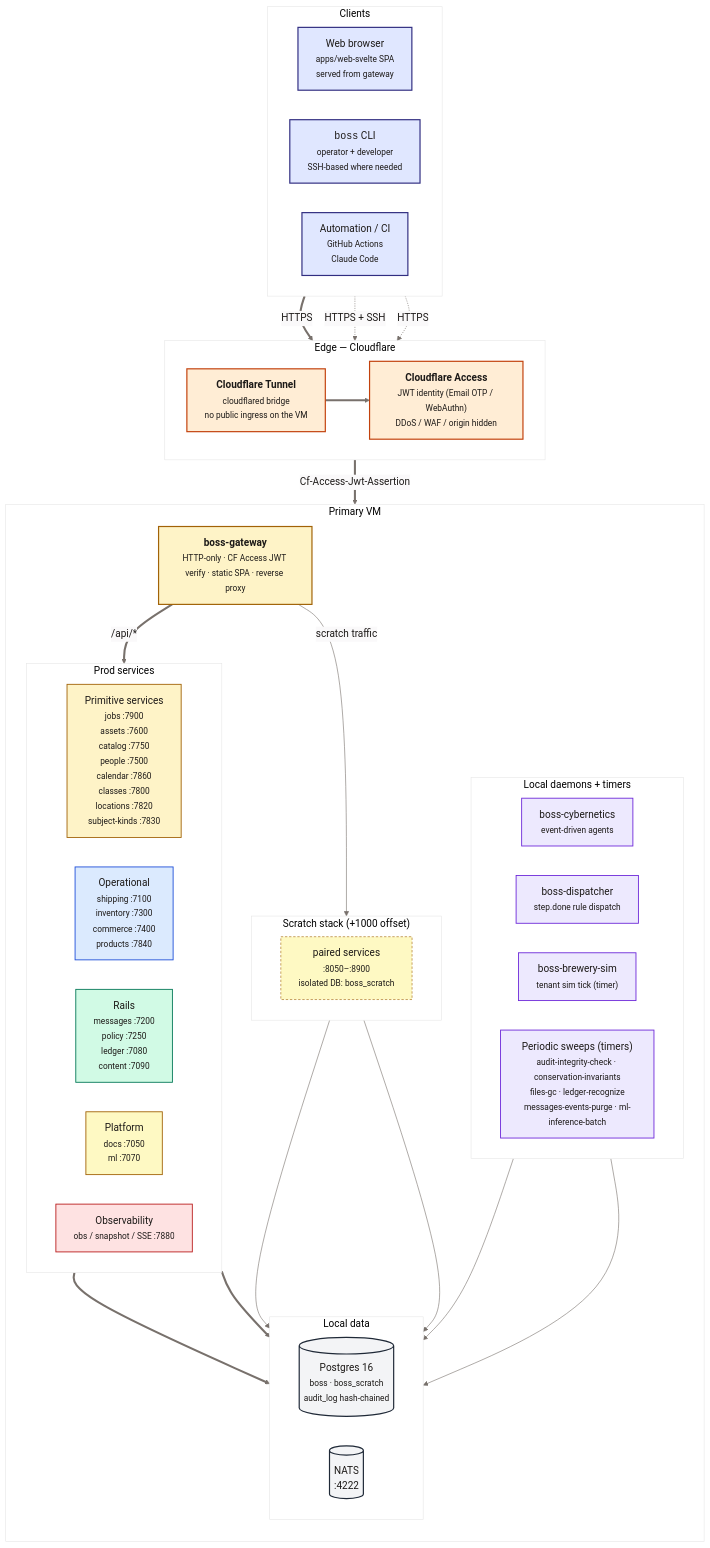
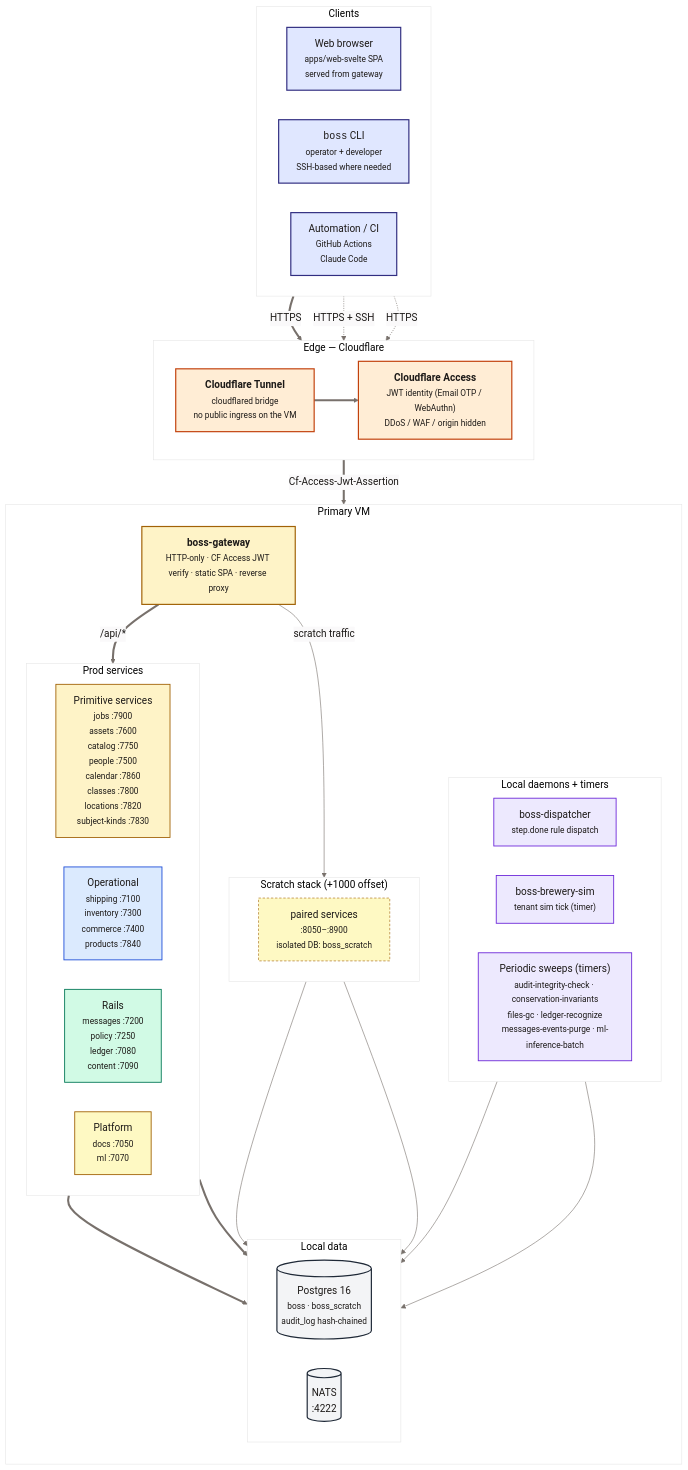
The diagram in docs/architecture/03-deployment.mmd (algedonic-dev/boss), drawn with Mermaid before and after one commit. The commit also changed 578 other files, not shown here.

```diff
--- a/docs/architecture/03-deployment.mmd
+++ b/docs/architecture/03-deployment.mmd
@@ -1,90 +1,86 @@
 %%{init: {'theme':'base', 'themeVariables': { 'primaryColor':'#fafaf9', 'primaryBorderColor':'#57534e', 'primaryTextColor':'#1c1917', 'lineColor':'#78716c', 'fontFamily':'ui-sans-serif, system-ui, sans-serif', 'fontSize':'17px'}}}%%
 flowchart TB
 
     subgraph Clients ["Clients"]
         direction LR
         WEB["Web browser<br/><small>apps/web-svelte SPA<br/>served from gateway</small>"]
         CLI["<code>boss</code> CLI<br/><small>operator + developer<br/>SSH-based where needed</small>"]
         AUTO["Automation / CI<br/><small>GitHub Actions<br/>Claude Code</small>"]
     end
 
     subgraph Edge ["Edge &mdash; Cloudflare"]
         direction LR
         CFA["<b>Cloudflare Access</b><br/><small>JWT identity (Email OTP / WebAuthn)<br/>DDoS / WAF / origin hidden</small>"]
         CFT["<b>Cloudflare Tunnel</b><br/><small>cloudflared bridge<br/>no public ingress on the VM</small>"]
     end
 
     subgraph Manager ["Primary VM"]
         direction TB
         GATEWAY["<b>boss-gateway</b><br/><small>HTTP-only &middot; CF Access JWT verify &middot; static SPA &middot; reverse proxy</small>"]
 
         subgraph ProdStack ["Prod services"]
             direction LR
             P_PRIM["Primitive services<br/><small>jobs :7900<br/>assets :7600<br/>catalog :7750<br/>people :7500<br/>calendar :7860<br/>classes :7800<br/>locations :7820<br/>subject-kinds :7830</small>"]
             P_OPS["Operational<br/><small>shipping :7100<br/>inventory :7300<br/>commerce :7400<br/>products :7840</small>"]
             P_RAIL["Rails<br/><small>messages :7200<br/>policy :7250<br/>ledger :7080<br/>content :7090</small>"]
             P_PLAT["Platform<br/><small>docs :7050<br/>ml :7070</small>"]
-            P_OBS["Observability<br/><small>obs / snapshot / SSE :7880</small>"]
         end
 
         subgraph ScratchStack ["Scratch stack (+1000 offset)"]
             direction LR
             SCR["paired services<br/><small>:8050&ndash;:8900<br/>isolated DB: boss_scratch</small>"]
         end
 
         subgraph Daemons ["Local daemons + timers"]
             direction LR
-            D1["boss-cybernetics<br/><small>event-driven agents</small>"]
             D2["boss-dispatcher<br/><small>step.done rule dispatch</small>"]
             D3["boss-brewery-sim<br/><small>tenant sim tick (timer)</small>"]
             D4["Periodic sweeps (timers)<br/><small>audit-integrity-check &middot; conservation-invariants<br/>files-gc &middot; ledger-recognize<br/>messages-events-purge &middot; ml-inference-batch</small>"]
         end
 
         subgraph DataLocal ["Local data"]
             direction LR
             PG[("Postgres 16<br/><small>boss &middot; boss_scratch<br/>audit_log hash-chained</small>")]
             NATS_N[("NATS<br/>:4222")]
         end
     end
 
     %% Client traffic
     WEB ==>|"HTTPS"| CFT
     CLI -.->|"HTTPS + SSH"| CFT
     AUTO -.->|"HTTPS"| CFT
     CFT ==> CFA
     CFA ==>|"Cf-Access-Jwt-Assertion"| GATEWAY
 
     %% Gateway routing
     GATEWAY ==>|"/api/*"| ProdStack
     GATEWAY -->|"scratch traffic"| ScratchStack
 
     %% Service deps
     ProdStack ==> PG
     ProdStack ==> NATS_N
     ScratchStack --> PG
     ScratchStack --> NATS_N
     Daemons --> NATS_N
     Daemons --> PG
 
     classDef client fill:#e0e7ff,stroke:#312e81,stroke-width:2px
     classDef edge fill:#ffedd5,stroke:#c2410c,stroke-width:2px
     classDef gw fill:#fef3c7,stroke:#a16207,stroke-width:2px
     classDef prim fill:#fef3c7,stroke:#a16207,stroke-width:1.5px
     classDef ops fill:#dbeafe,stroke:#1d4ed8,stroke-width:1.5px
     classDef rail fill:#d1fae5,stroke:#047857,stroke-width:1.5px
     classDef platform fill:#fef9c3,stroke:#a16207,stroke-width:1.5px
-    classDef obsbox fill:#fee2e2,stroke:#b91c1c,stroke-width:1.5px
     classDef scratch fill:#fef9c3,stroke:#a16207,stroke-width:1px,stroke-dasharray:4 3
     classDef daemon fill:#ede9fe,stroke:#6d28d9,stroke-width:1.5px
     classDef store fill:#f3f4f6,stroke:#1f2937,stroke-width:2px
     class WEB,CLI,AUTO client
     class CFA,CFT edge
     class GATEWAY gw
     class P_PRIM prim
     class P_OPS ops
     class P_RAIL rail
     class P_PLAT platform
-    class P_OBS obsbox
     class SCR scratch
-    class D1,D2,D3,D4 daemon
+    class D2,D3,D4 daemon
     class PG,NATS_N store
```
